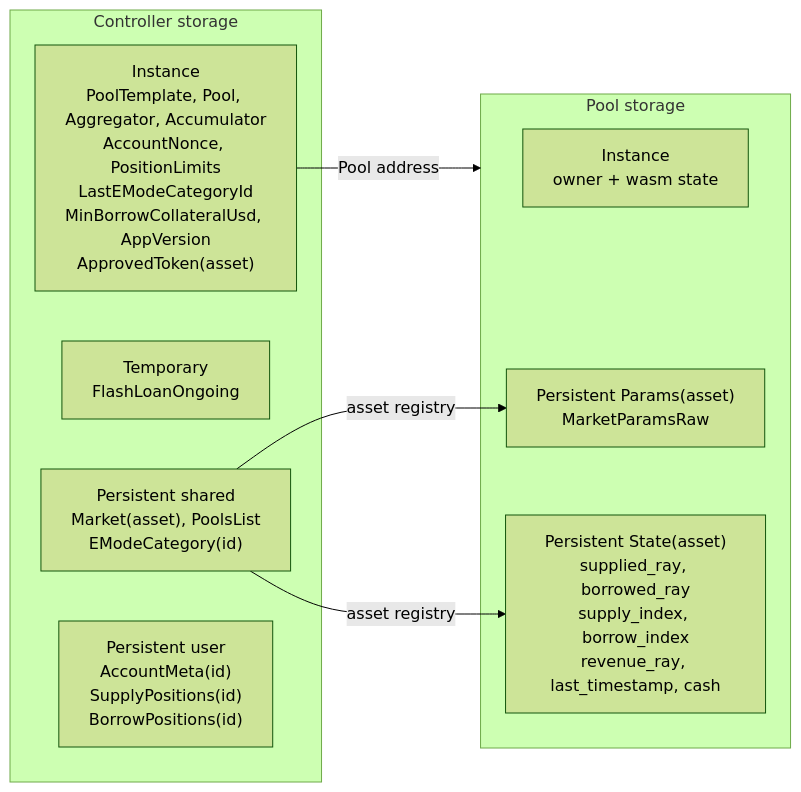
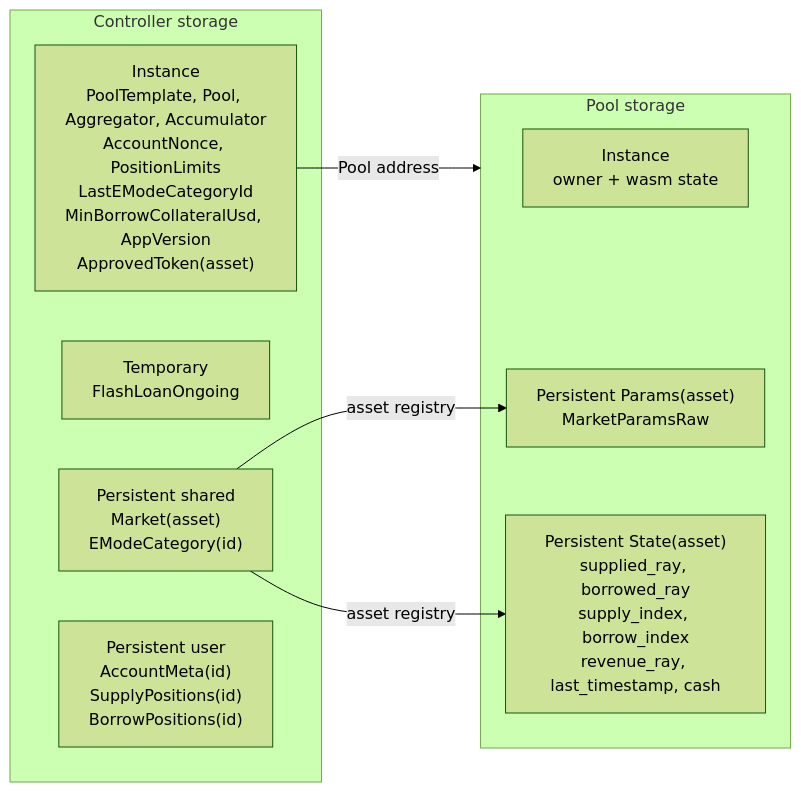
Diagram 12 of 14 in SCF_BUILD_ARCHITECTURE.md (XOXNO/rs-lending-xlm), drawn with Mermaid (forest theme) before and after one commit. The commit also changed other lines of this file and 5 other files, not shown here.

First line of the commit message:
docs(architecture): drop PoolsList registry, de-slop wording

````diff
--- a/SCF_BUILD_ARCHITECTURE.md
+++ b/SCF_BUILD_ARCHITECTURE.md
@@ -1014,19 +1011,19 @@
 ```mermaid
 flowchart LR
     subgraph ControllerStorage["Controller storage"]
         I["Instance<br/>PoolTemplate, Pool, Aggregator, Accumulator<br/>AccountNonce, PositionLimits<br/>LastEModeCategoryId<br/>MinBorrowCollateralUsd, AppVersion<br/>ApprovedToken(asset)"]
         T["Temporary<br/>FlashLoanOngoing"]
-        M["Persistent shared<br/>Market(asset), PoolsList<br/>EModeCategory(id)"]
+        M["Persistent shared<br/>Market(asset)<br/>EModeCategory(id)"]
         U["Persistent user<br/>AccountMeta(id)<br/>SupplyPositions(id)<br/>BorrowPositions(id)"]
     end
 
     subgraph PoolStorage["Pool storage"]
         PI["Instance<br/>owner + wasm state"]
         PS["Persistent Params(asset)<br/>MarketParamsRaw"]
         ST["Persistent State(asset)<br/>supplied_ray, borrowed_ray<br/>supply_index, borrow_index<br/>revenue_ray, last_timestamp, cash"]
     end
 
     I -->|"Pool address"| PoolStorage
     M -->|"asset registry"| PS
     M -->|"asset registry"| ST
 ```
````
